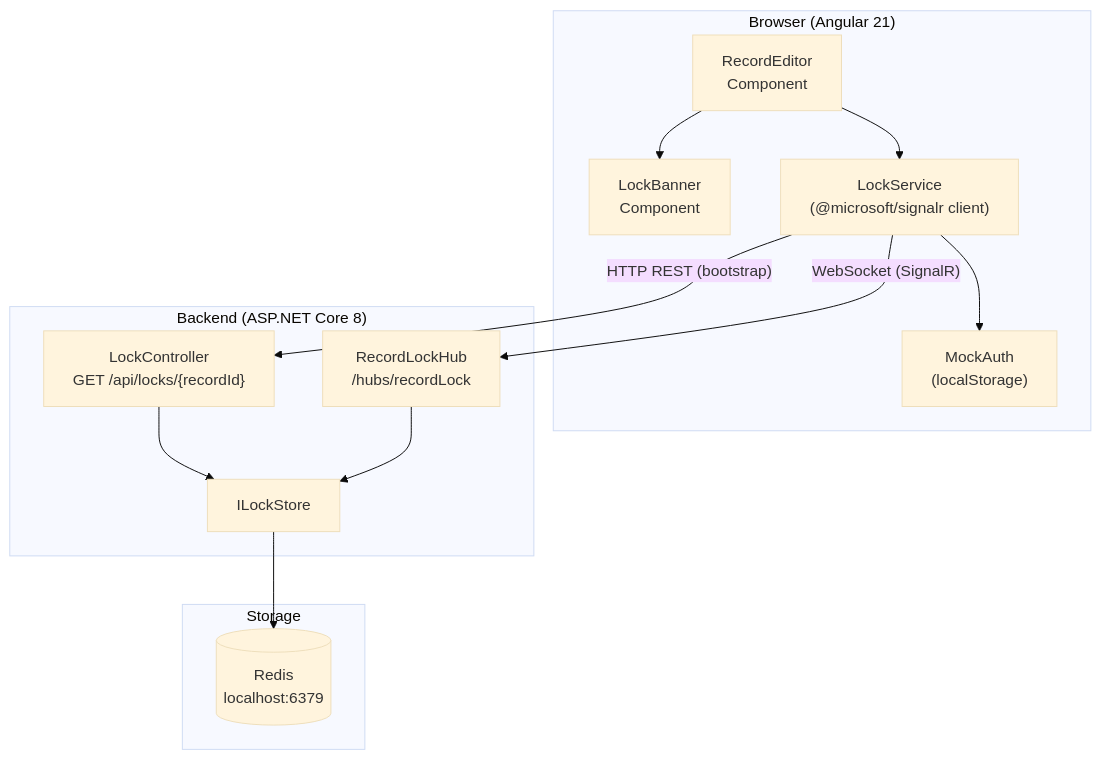
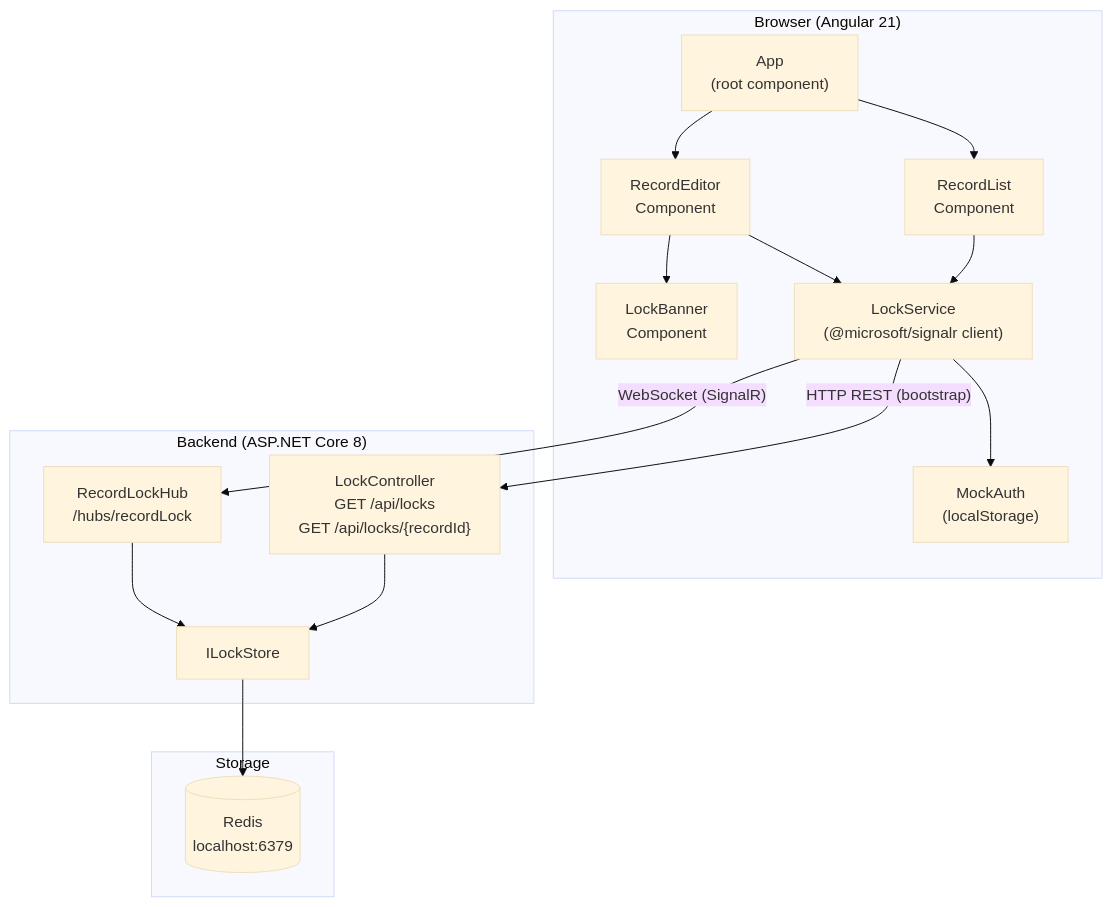
Before and after one commit to jasveersingh-tz/signalR: the first of 9 diagrams in docs/ARCHITECTURE.md, drawn with Mermaid (base theme). The commit also changed other lines of this file, not shown here.

Commit message:
architecture updated as per latest flow

````diff
--- a/docs/ARCHITECTURE.md
+++ b/docs/ARCHITECTURE.md
@@ -28,28 +28,33 @@
 ```mermaid
 graph TB
     subgraph Browser["Browser (Angular 21)"]
+        AppRoot["App\n(root component)"]
+        List["RecordList\nComponent"]
         UI["RecordEditor\nComponent"]
         Banner["LockBanner\nComponent"]
         LS["LockService\n(@microsoft/signalr client)"]
         Auth["MockAuth\n(localStorage)"]
+        AppRoot --> List
+        AppRoot --> UI
+        List --> LS
         UI --> LS
         UI --> Banner
         LS --> Auth
     end
 
     subgraph Backend["Backend (ASP.NET Core 8)"]
-        REST["LockController\nGET /api/locks/{recordId}"]
+        REST["LockController\nGET /api/locks\nGET /api/locks/{recordId}"]
         Hub["RecordLockHub\n/hubs/recordLock"]
         Store["ILockStore"]
         REST --> Store
         Hub --> Store
     end
 
     subgraph Storage["Storage"]
         Redis[(Redis\nlocalhost:6379)]
         Store --> Redis
     end
 
     LS -- "HTTP REST (bootstrap)" --> REST
     LS -- "WebSocket (SignalR)" --> Hub
 ```
````
